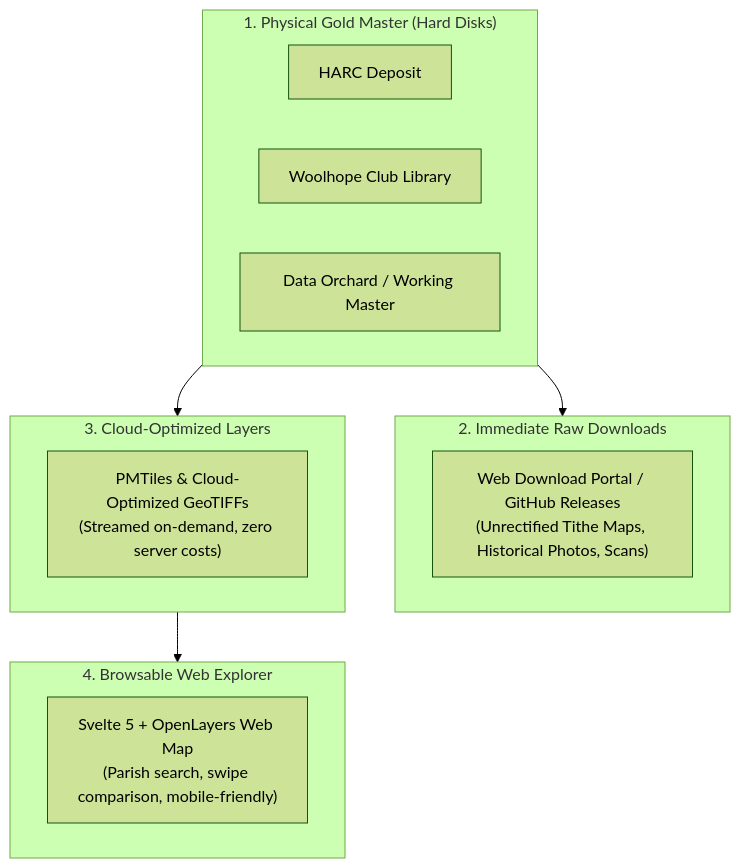
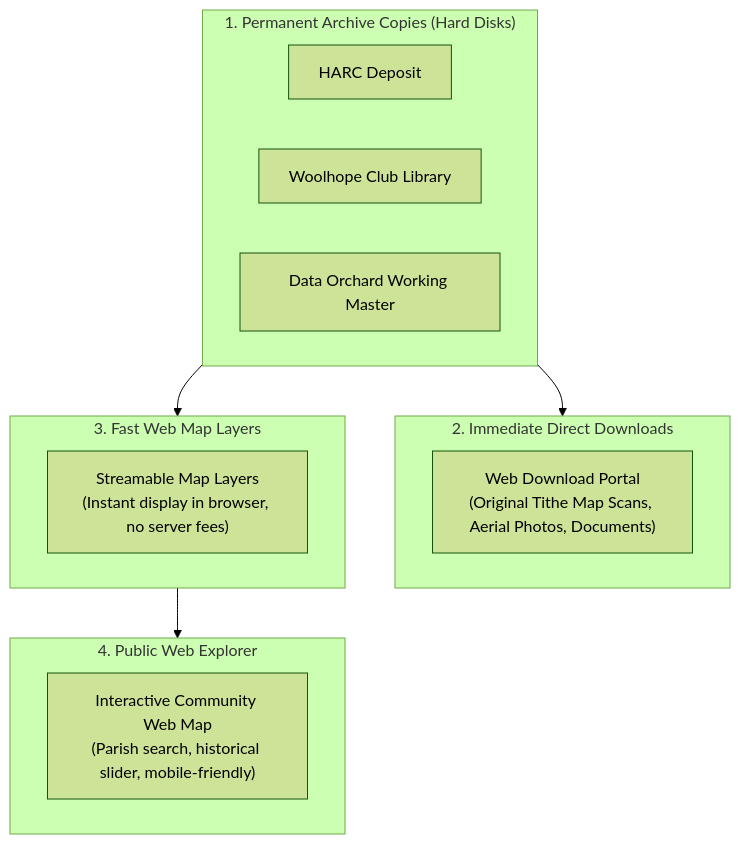
One commit to foss4lh/david-lovelace-archive changed the first of 2 diagrams in docs/_bid.md. Above: the diagram before and after it, drawn with Mermaid (forest theme). The commit also changed other lines of this file and 1 other file, not shown here.

````diff
--- a/docs/_bid.md
+++ b/docs/_bid.md
@@ -112,24 +115,24 @@
 ```mermaid
 flowchart TD
-    subgraph Tier1 ["1. Physical Gold Master (Hard Disks)"]
+    subgraph Tier1 ["1. Permanent Archive Copies (Hard Disks)"]
         HD1["HARC Deposit"]
         HD2["Woolhope Club Library"]
-        HD3["Data Orchard / Working Master"]
+        HD3["Data Orchard Working Master"]
     end
 
-    subgraph Tier2 ["2. Immediate Raw Downloads"]
-        DL["Web Download Portal / GitHub Releases<br/>(Unrectified Tithe Maps, Historical Photos, Scans)"]
+    subgraph Tier2 ["2. Immediate Direct Downloads"]
+        DL["Web Download Portal<br/>(Original Tithe Map Scans, Aerial Photos, Documents)"]
     end
 
-    subgraph Tier3 ["3. Cloud-Optimized Layers"]
-        GIS["PMTiles & Cloud-Optimized GeoTIFFs<br/>(Streamed on-demand, zero server costs)"]
+    subgraph Tier3 ["3. Fast Web Map Layers"]
+        GIS["Streamable Map Layers<br/>(Instant display in browser, no server fees)"]
     end
 
-    subgraph Tier4 ["4. Browsable Web Explorer"]
-        WEB["Svelte 5 + OpenLayers Web Map<br/>(Parish search, swipe comparison, mobile-friendly)"]
+    subgraph Tier4 ["4. Public Web Explorer"]
+        WEB["Interactive Community Web Map<br/>(Parish search, historical slider, mobile-friendly)"]
     end
 
     Tier1 --> Tier2
     Tier1 --> Tier3
     Tier3 --> Tier4
 ```
````
